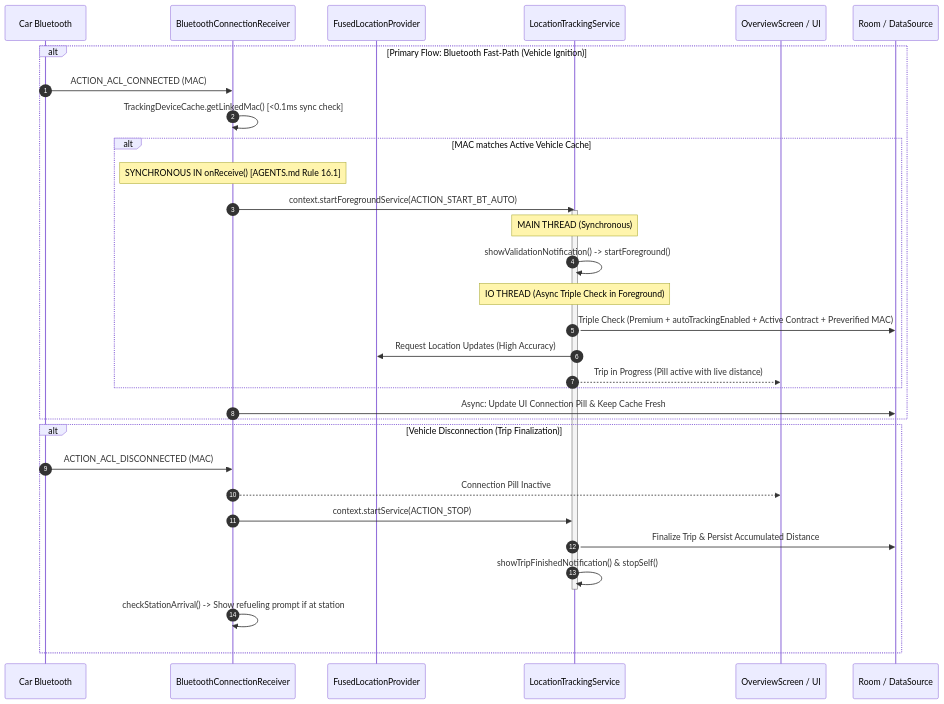
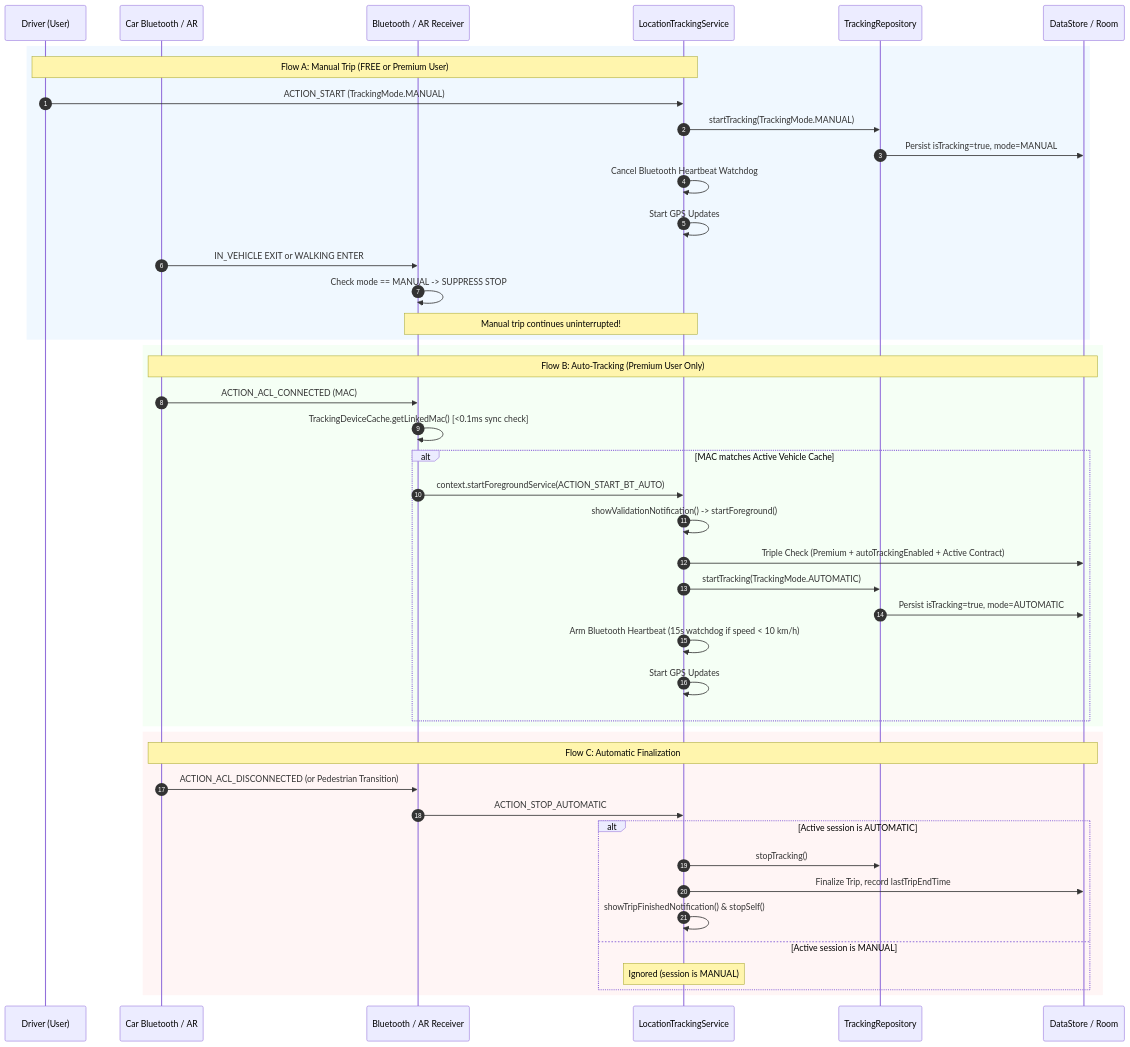
Before and after one commit to joshluq/kilomenos-android: the first of 2 diagrams in docs/autotracking_technical_spec.md, drawn with Mermaid. The commit also changed other lines of this file and 36 other files, not shown here.

Commit message:
Enhance auto-tracking resilience by introducing session mode isolation (`TrackingMode.MANUAL` vs `AUTOMATIC`), enforcing subscription gating for free users, and protecting manual trips from automated background termination.

````diff
--- a/docs/autotracking_technical_spec.md
+++ b/docs/autotracking_technical_spec.md
@@ -52,37 +66,50 @@
 ```mermaid
 sequenceDiagram
     autonumber
-    participant Car as Car Bluetooth
-    participant BCR as BluetoothConnectionReceiver
-    participant GPS as FusedLocationProvider
+    participant User as Driver (User)
+    participant Car as Car Bluetooth / AR
+    participant BCR as Bluetooth / AR Receiver
     participant LTS as LocationTrackingService
-    participant UI as OverviewScreen / UI
-    participant DB as Room / DataSource
+    participant TR as TrackingRepository
+    participant DB as DataStore / Room
 
-    alt Primary Flow: Bluetooth Fast-Path (Vehicle Ignition)
+    rect rgb(240, 248, 255)
+        Note over User, LTS: Flow A: Manual Trip (FREE or Premium User)
+        User->>LTS: ACTION_START (TrackingMode.MANUAL)
+        LTS->>TR: startTracking(TrackingMode.MANUAL)
+        TR->>DB: Persist isTracking=true, mode=MANUAL
+        LTS->>LTS: Cancel Bluetooth Heartbeat Watchdog
+        LTS->>LTS: Start GPS Updates
+        Car->>BCR: IN_VEHICLE EXIT or WALKING ENTER
+        BCR->>BCR: Check mode == MANUAL -> SUPPRESS STOP
+        Note over BCR, LTS: Manual trip continues uninterrupted!
+    end
+
+    rect rgb(245, 255, 245)
+        Note over Car, DB: Flow B: Auto-Tracking (Premium User Only)
         Car->>BCR: ACTION_ACL_CONNECTED (MAC)
         BCR->>BCR: TrackingDeviceCache.getLinkedMac() [<0.1ms sync check]
         alt MAC matches Active Vehicle Cache
-            Note over BCR: SYNCHRONOUS IN onReceive() [AGENTS.md Rule 16.1]
             BCR->>LTS: context.startForegroundService(ACTION_START_BT_AUTO)
-            activate LTS
-            Note over LTS: MAIN THREAD (Synchronous)
             LTS->>LTS: showValidationNotification() -> startForeground()
-            Note over LTS: IO THREAD (Async Triple Check in Foreground)
-            LTS->>DB: Triple Check (Premium + autoTrackingEnabled + Active Contract + Preverified MAC)
-            LTS->>GPS: Request Location Updates (High Accuracy)
-            LTS-->>UI: Trip in Progress (Pill active with live distance)
+            LTS->>DB: Triple Check (Premium + autoTrackingEnabled + Active Contract)
+            LTS->>TR: startTracking(TrackingMode.AUTOMATIC)
+            TR->>DB: Persist isTracking=true, mode=AUTOMATIC
+            LTS->>LTS: Arm Bluetooth Heartbeat (15s watchdog if speed < 10 km/h)
+            LTS->>LTS: Start GPS Updates
         end
-        BCR->>DB: Async: Update UI Connection Pill & Keep Cache Fresh
     end
 
-    alt Vehicle Disconnection (Trip Finalization)
-        Car->>BCR: ACTION_ACL_DISCONNECTED (MAC)
-        BCR-->>UI: Connection Pill Inactive
-        BCR->>LTS: context.startService(ACTION_STOP)
-        LTS->>DB: Finalize Trip & Persist Accumulated Distance
-        LTS->>LTS: showTripFinishedNotification() & stopSelf()
-        deactivate LTS
-        BCR->>BCR: checkStationArrival() -> Show refueling prompt if at station
+    rect rgb(255, 245, 245)
+        Note over Car, DB: Flow C: Automatic Finalization
+        Car->>BCR: ACTION_ACL_DISCONNECTED (or Pedestrian Transition)
+        BCR->>LTS: ACTION_STOP_AUTOMATIC
+        alt Active session is AUTOMATIC
+            LTS->>TR: stopTracking()
+            LTS->>DB: Finalize Trip, record lastTripEndTime
+            LTS->>LTS: showTripFinishedNotification() & stopSelf()
+        else Active session is MANUAL
+            Note over LTS: Ignored (session is MANUAL)
+        end
     end
 ```
````
